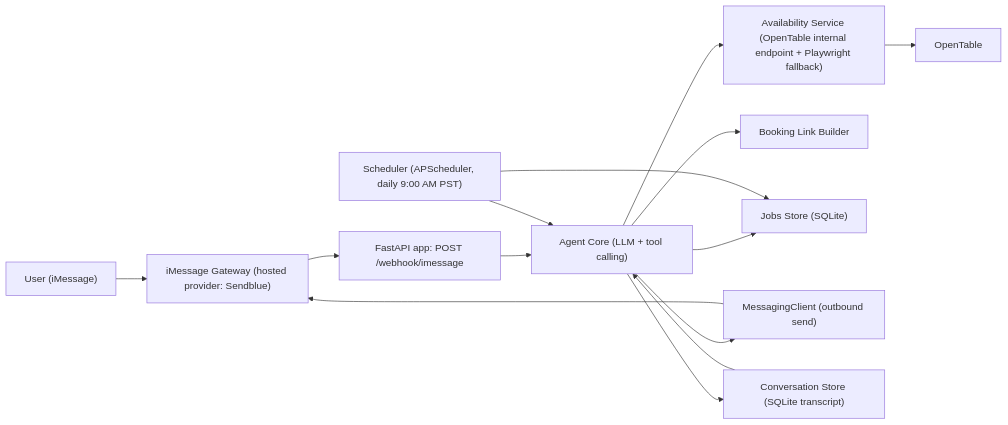
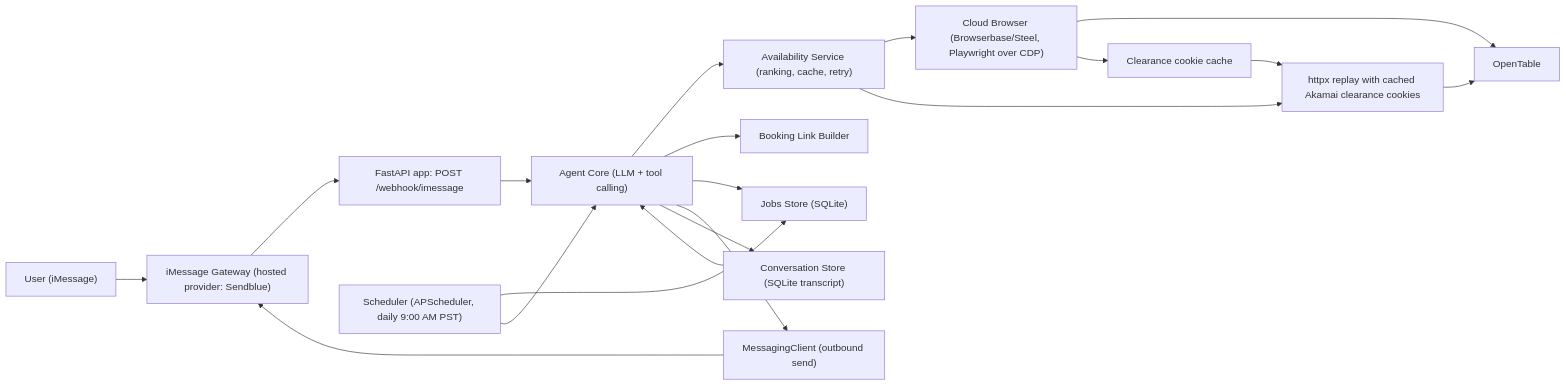
The first of 2 diagrams in DESIGN.md (hanlinsunn/restaurant-agent), drawn with Mermaid before and after one commit. The commit also changed other lines of this file and 1 other file, not shown here.

Commit message:
Plan availability via cloud browser after confirming OpenTable blocks our IP

````diff
--- a/DESIGN.md
+++ b/DESIGN.md
@@ -62,16 +62,21 @@
 ```mermaid
 flowchart LR
     U["User (iMessage)"] --> GW["iMessage Gateway (hosted provider: Sendblue)"]
     GW --> API["FastAPI app: POST /webhook/imessage"]
     API --> CORE["Agent Core (LLM + tool calling)"]
-    CORE --> AVAIL["Availability Service (OpenTable internal endpoint + Playwright fallback)"]
+    CORE --> AVAIL["Availability Service (ranking, cache, retry)"]
     CORE --> LINK["Booking Link Builder"]
     CORE --> JOBS["Jobs Store (SQLite)"]
     CORE --> OUT["MessagingClient (outbound send)"]
     OUT --> GW
-    AVAIL --> OT["OpenTable"]
+    AVAIL --> CB["Cloud Browser (Browserbase/Steel, Playwright over CDP)"]
+    AVAIL --> FAST["httpx replay with cached Akamai clearance cookies"]
+    CB --> OT["OpenTable"]
+    FAST --> OT
+    CB --> COOKIES["Clearance cookie cache"]
+    COOKIES --> FAST
     SCHED["Scheduler (APScheduler, daily 9:00 AM PST)"] --> JOBS
     SCHED --> CORE
     CONV["Conversation Store (SQLite transcript)"] --> CORE
     CORE --> CONV
 ```
````
